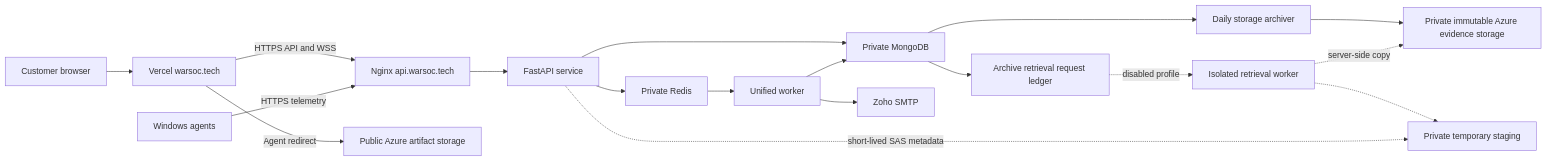
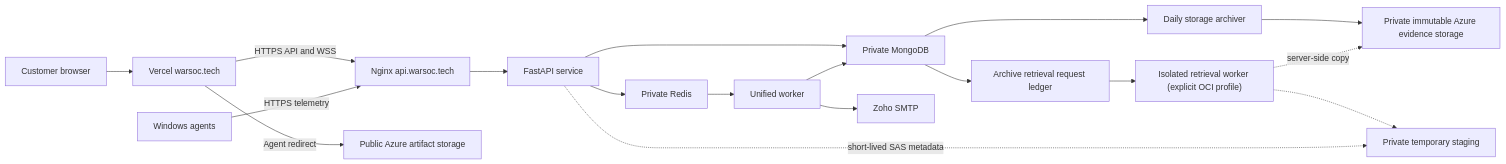
One commit to SHADABMUSHTAQ/Startup changed the third of 3 diagrams in docs/WARSOC_CURRENT_STATE_ARCHITECTURE.md. Above: the diagram before and after it, drawn with Mermaid. The commit also changed other lines of this file and 8 other files, not shown here.

````diff
--- a/docs/WARSOC_CURRENT_STATE_ARCHITECTURE.md
+++ b/docs/WARSOC_CURRENT_STATE_ARCHITECTURE.md
@@ -1674,20 +1743,20 @@
 ```mermaid
 flowchart LR
     B["Customer browser"] --> V["Vercel warsoc.tech"]
     V -->|"HTTPS API and WSS"| N["Nginx api.warsoc.tech"]
     A["Windows agents"] -->|"HTTPS telemetry"| N
     N --> API["FastAPI service"]
     API --> R["Private Redis"]
     API --> M["Private MongoDB"]
     R --> W["Unified worker"]
     W --> M
     W --> SMTP["Zoho SMTP"]
     M --> AR["Daily storage archiver"]
     AR --> AZ["Private immutable Azure evidence storage"]
     M --> RL["Archive retrieval request ledger"]
-    RL -. "disabled profile" .-> RR["Isolated retrieval worker"]
+    RL --> RR["Isolated retrieval worker (explicit OCI profile)"]
     RR -. "server-side copy" .-> AZ
     RR -.-> ST["Private temporary staging"]
     API -. "short-lived SAS metadata" .-> ST
     V -->|"Agent redirect"| PUB["Public Azure artifact storage"]
 ```
````
